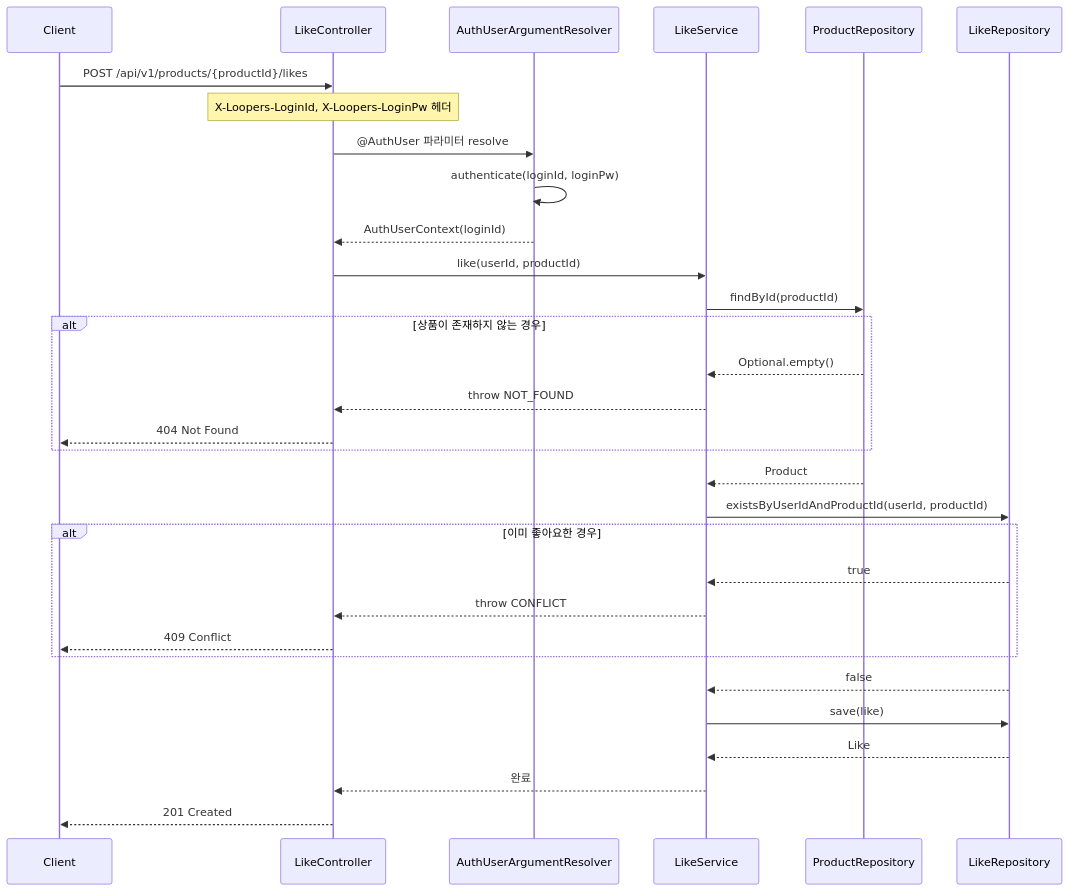
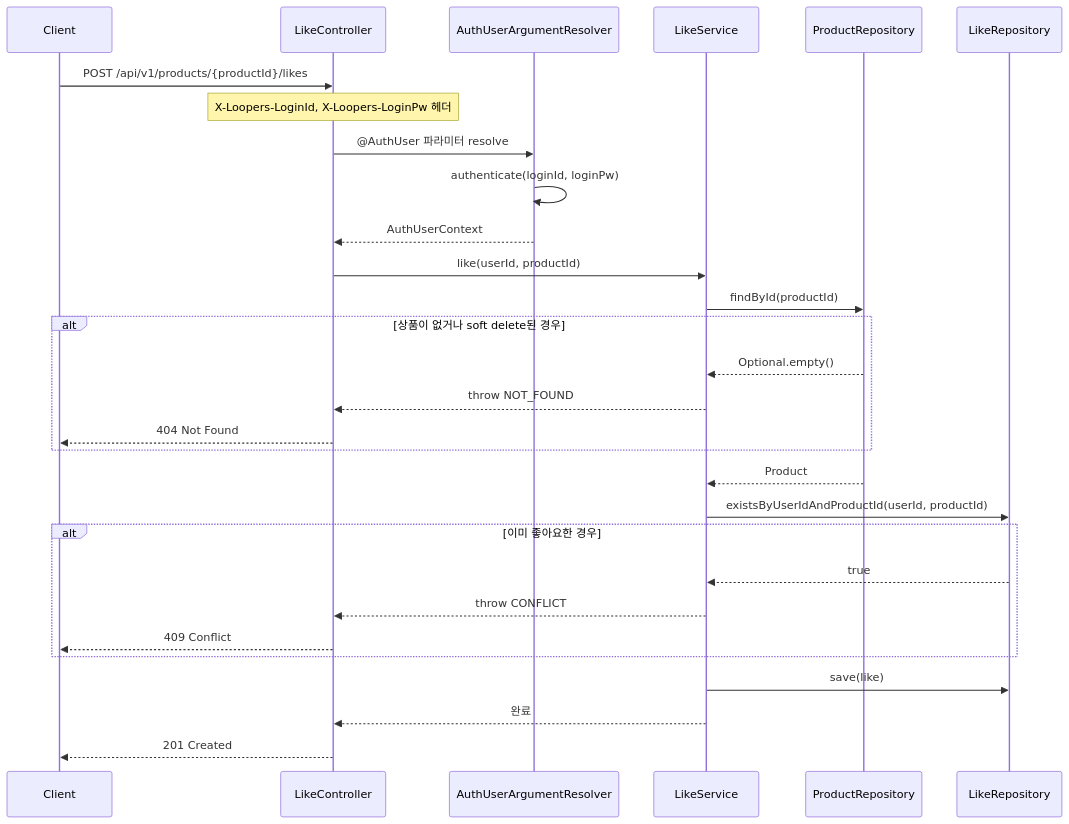
Before and after one commit to loopers-labs/loop-pack-be-l2-vol4-java: the first of 3 diagrams in docs/week2/02-sequence-diagrams.md, drawn with Mermaid. The commit also changed other lines of this file and 4 other files, not shown here.

````diff
--- a/docs/week2/02-sequence-diagrams.md
+++ b/docs/week2/02-sequence-diagrams.md
@@ -7,40 +7,37 @@
 ```mermaid
 sequenceDiagram
     participant Client
     participant LikeController
     participant AuthUserArgumentResolver
     participant LikeService
     participant ProductRepository
     participant LikeRepository
 
     Client->>LikeController: POST /api/v1/products/{productId}/likes
     Note over LikeController: X-Loopers-LoginId, X-Loopers-LoginPw 헤더
 
     LikeController->>AuthUserArgumentResolver: @AuthUser 파라미터 resolve
     AuthUserArgumentResolver->>AuthUserArgumentResolver: authenticate(loginId, loginPw)
-    AuthUserArgumentResolver-->>LikeController: AuthUserContext(loginId)
+    AuthUserArgumentResolver-->>LikeController: AuthUserContext
 
     LikeController->>LikeService: like(userId, productId)
 
     LikeService->>ProductRepository: findById(productId)
-    alt 상품이 존재하지 않는 경우
+    alt 상품이 없거나 soft delete된 경우
         ProductRepository-->>LikeService: Optional.empty()
         LikeService-->>LikeController: throw NOT_FOUND
         LikeController-->>Client: 404 Not Found
     end
     ProductRepository-->>LikeService: Product
 
     LikeService->>LikeRepository: existsByUserIdAndProductId(userId, productId)
     alt 이미 좋아요한 경우
         LikeRepository-->>LikeService: true
         LikeService-->>LikeController: throw CONFLICT
         LikeController-->>Client: 409 Conflict
     end
-    LikeRepository-->>LikeService: false
 
     LikeService->>LikeRepository: save(like)
-    LikeRepository-->>LikeService: Like
-
     LikeService-->>LikeController: 완료
     LikeController-->>Client: 201 Created
 ```
````
